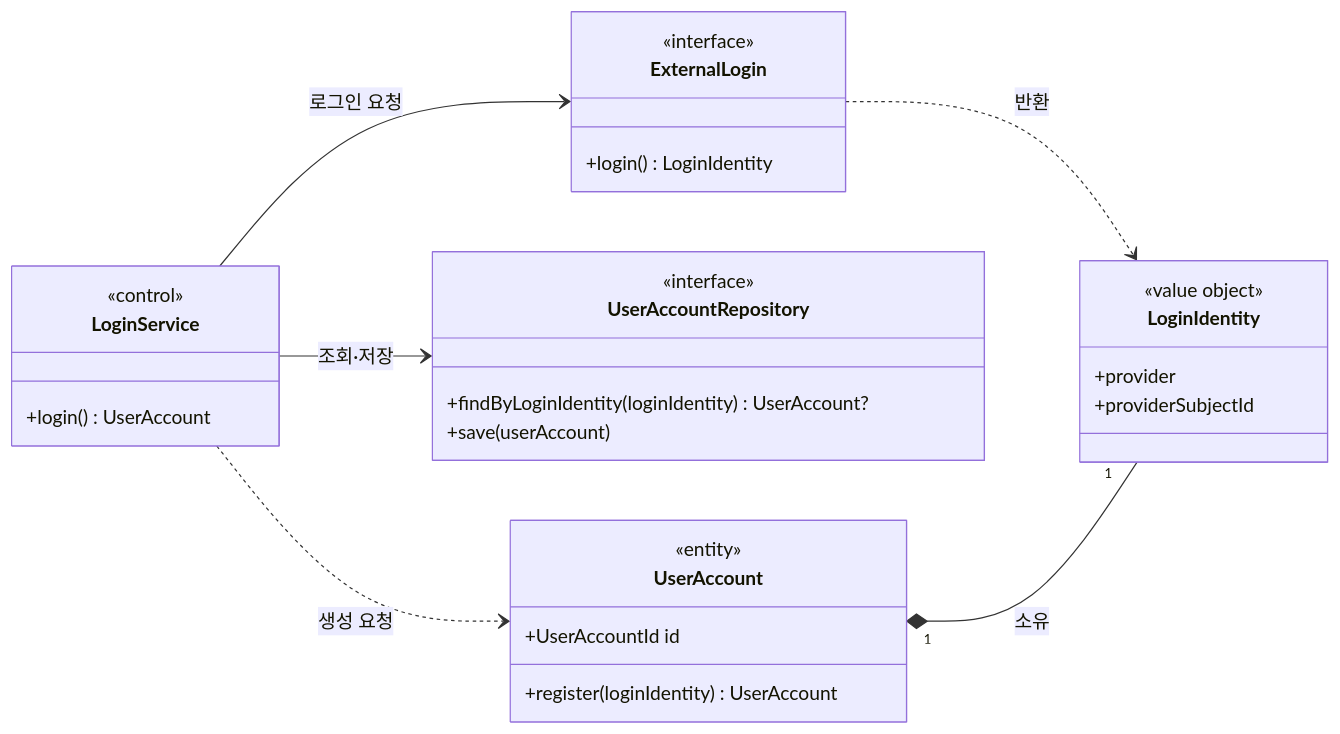
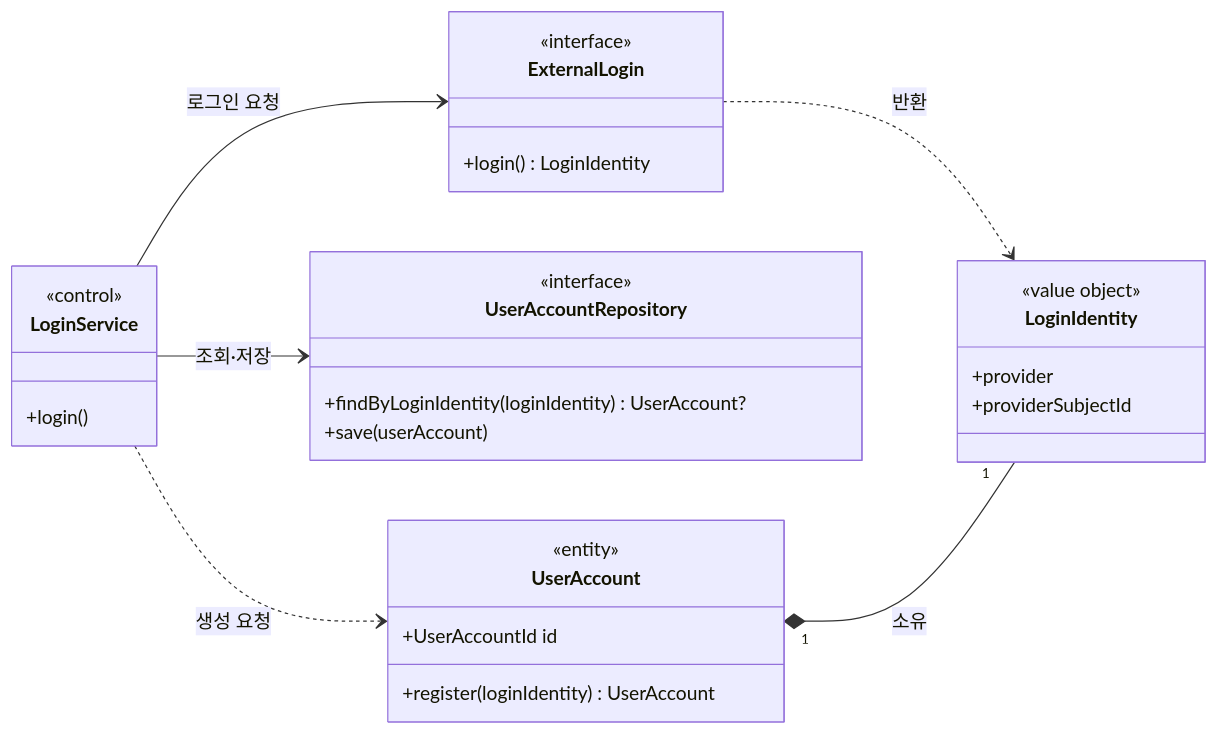
The seventh of 9 diagrams in design/login_feature_design.md (PhilPark-geosr/stock-agent), drawn with Mermaid before and after one commit. The commit also changed other lines of this file, not shown here.

Commit message:
docs: define abstract login completion

````diff
--- a/design/login_feature_design.md
+++ b/design/login_feature_design.md
@@ -265,38 +267,38 @@
 ```mermaid
 classDiagram
     direction LR
 
     class LoginService {
         <<control>>
-        +login() UserAccount
+        +login()
     }
 
     class ExternalLogin {
         <<interface>>
         +login() LoginIdentity
     }
 
     class UserAccountRepository {
         <<interface>>
         +findByLoginIdentity(loginIdentity) UserAccount?
         +save(userAccount)
     }
 
     class UserAccount {
         <<entity>>
         +UserAccountId id
         +register(loginIdentity) UserAccount
     }
 
     class LoginIdentity {
         <<value object>>
         +provider
         +providerSubjectId
     }
 
     LoginService --> ExternalLogin : 로그인 요청
     LoginService --> UserAccountRepository : 조회·저장
     LoginService ..> UserAccount : 생성 요청
     ExternalLogin ..> LoginIdentity : 반환
     UserAccount "1" *-- "1" LoginIdentity : 소유
 ```
````
